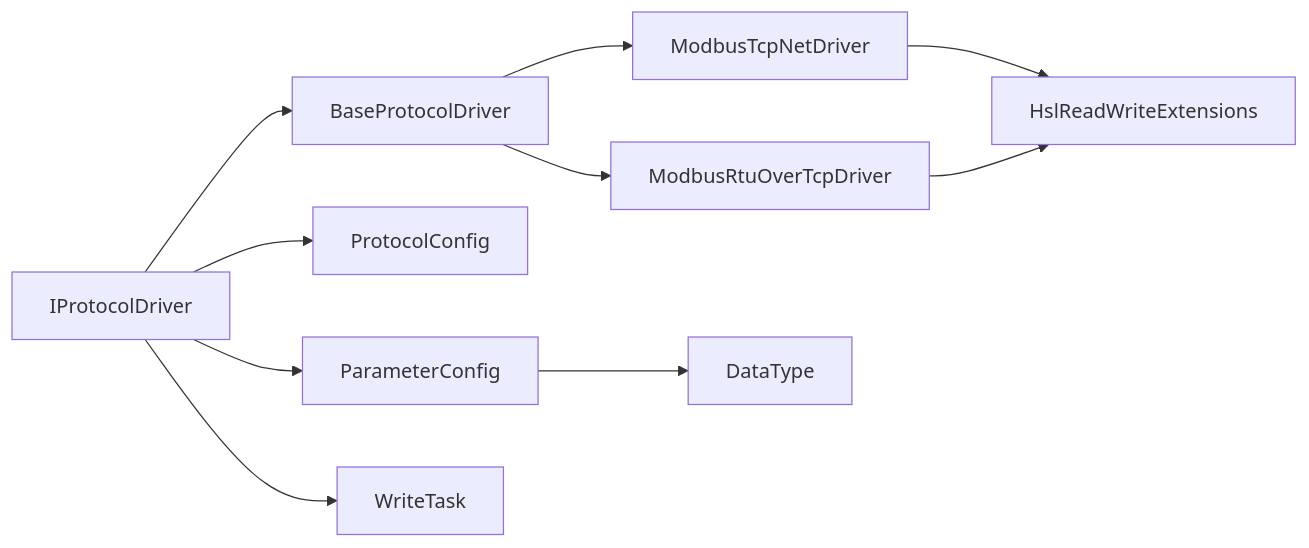
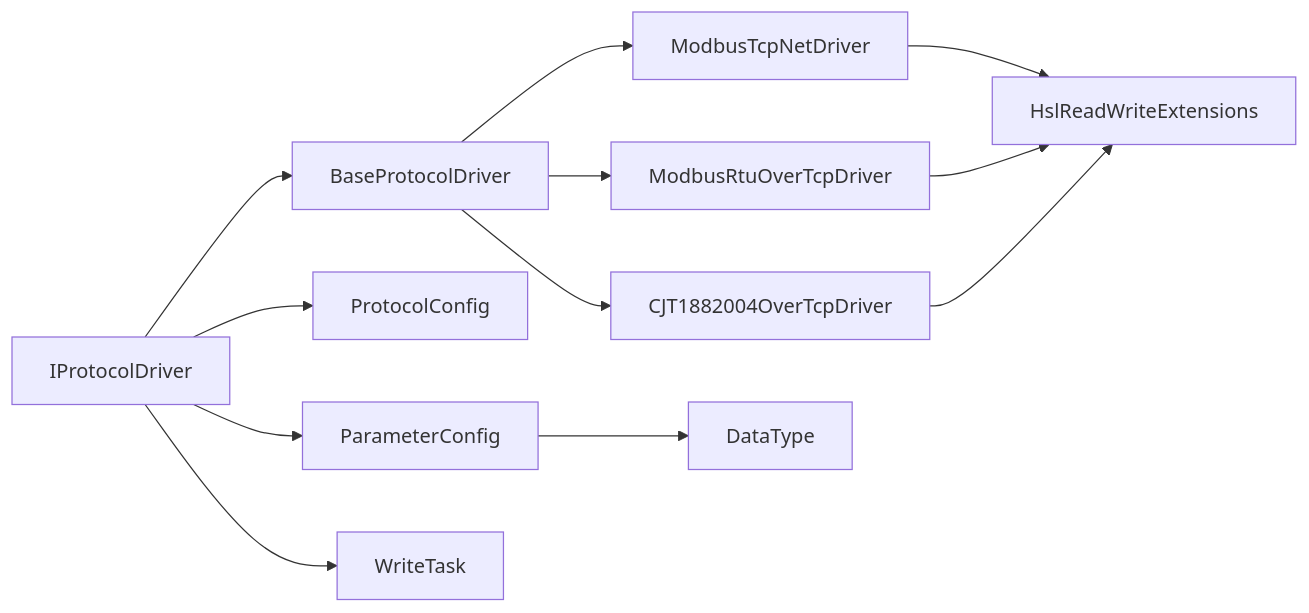
The fifth of 5 diagrams in .qoder/repowiki/zh/content/协议驱动架构/协议接口设计.md (whitemousetl/IndustrialDataSolution), drawn with Mermaid before and after one commit. The commit also changed other lines of this file and 18 other files, not shown here.

````diff
--- a/.qoder/repowiki/zh/content/协议驱动架构/协议接口设计.md
+++ b/.qoder/repowiki/zh/content/协议驱动架构/协议接口设计.md
@@ -317,12 +336,14 @@
 ```mermaid
 graph LR
 IDrv["IProtocolDriver"] --> Base["BaseProtocolDriver"]
 Base --> MB_TCP["ModbusTcpNetDriver"]
 Base --> MB_RTU["ModbusRtuOverTcpDriver"]
+Base --> CJT["CJT1882004OverTcpDriver"]
 MB_TCP --> Ext["HslReadWriteExtensions"]
 MB_RTU --> Ext
+CJT --> Ext
 IDrv --> PConf["ProtocolConfig"]
 IDrv --> Param["ParameterConfig"]
 IDrv --> WTask["WriteTask"]
 Param --> DT["DataType"]
 ```
````
